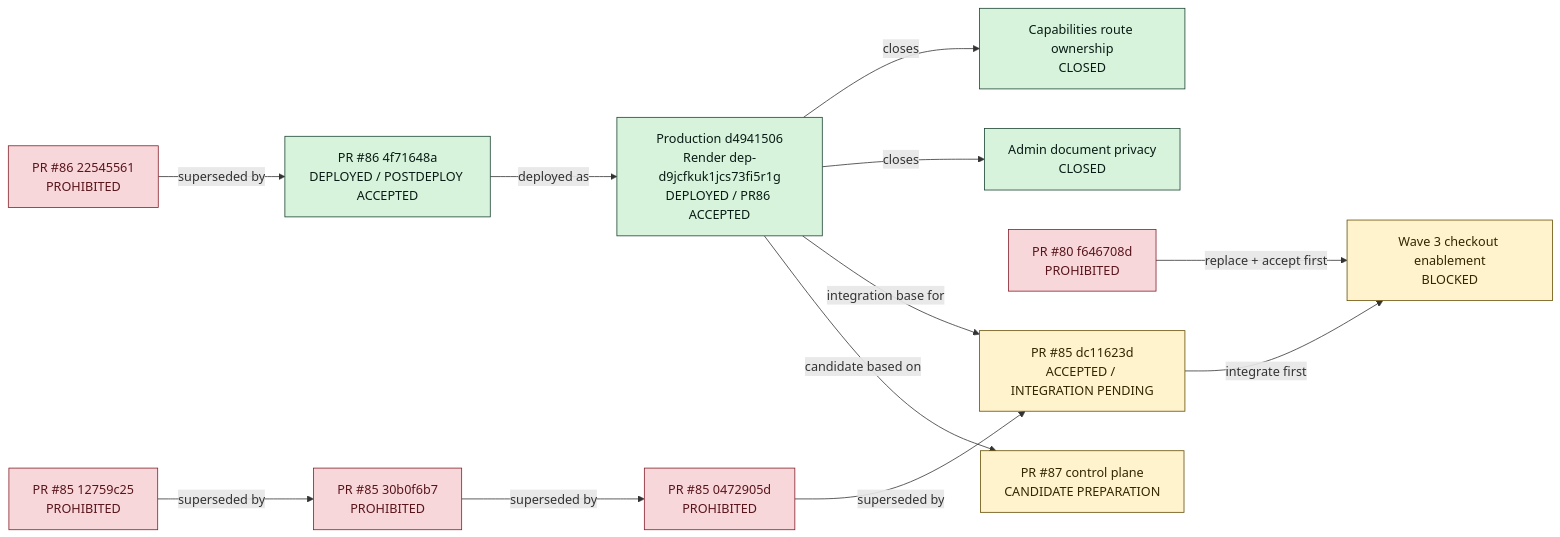
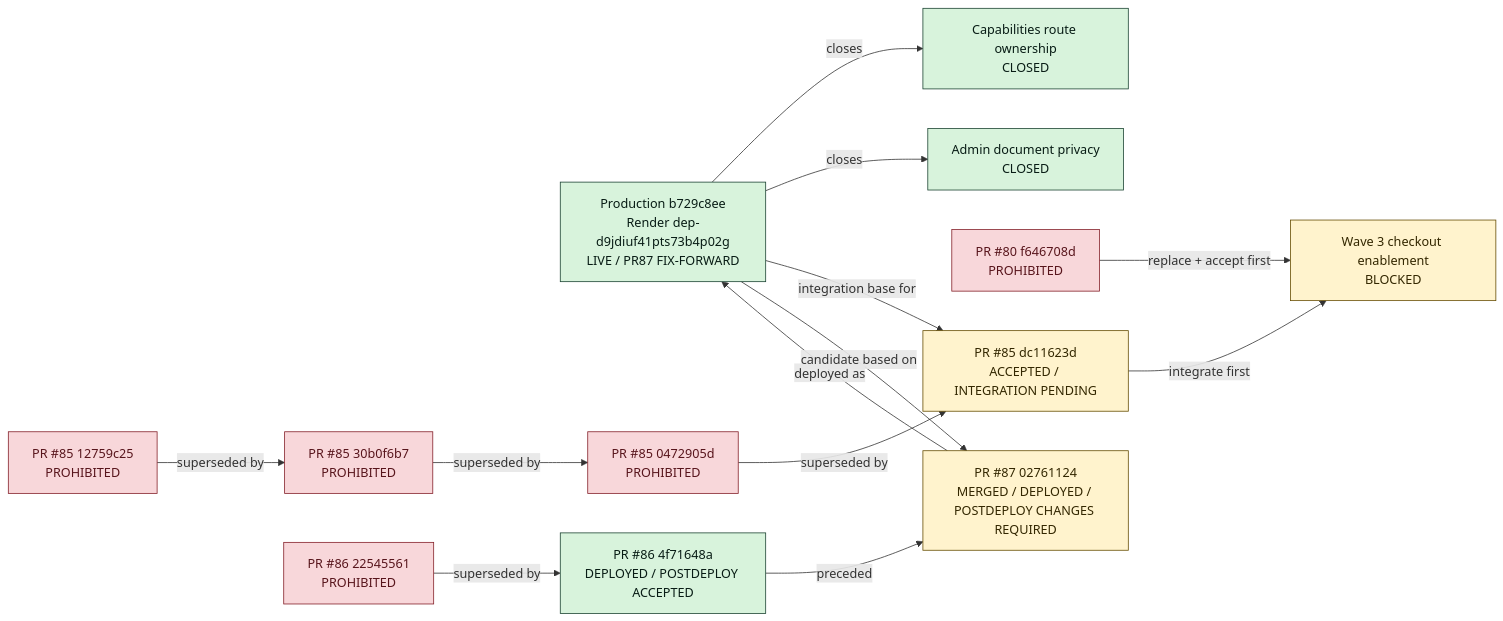
Before and after one commit to teamxenios/xenios-website: the diagram in docs/coordination/ACTIVE_RELEASE_GRAPH.mmd, drawn with Mermaid. The commit also changed 9 other files, not shown here.

```diff
--- a/docs/coordination/ACTIVE_RELEASE_GRAPH.mmd
+++ b/docs/coordination/ACTIVE_RELEASE_GRAPH.mmd
@@ -1,34 +1,35 @@
 flowchart LR
-  PROD["Production d4941506<br/>Render dep-d9jcfkuk1jcs73fi5r1g<br/>DEPLOYED / PR86 ACCEPTED"]
+  PROD["Production b729c8ee<br/>Render dep-d9jdiuf41pts73b4p02g<br/>LIVE / PR87 FIX-FORWARD"]
   CAP["Capabilities route ownership<br/>CLOSED"]
   PRIV["Admin document privacy<br/>CLOSED"]
   PR80["PR #80 f646708d<br/>PROHIBITED"]
   PR85OLD["PR #85 12759c25<br/>PROHIBITED"]
   PR85MID["PR #85 30b0f6b7<br/>PROHIBITED"]
   PR85LAST["PR #85 0472905d<br/>PROHIBITED"]
   PR85["PR #85 dc11623d<br/>ACCEPTED / INTEGRATION PENDING"]
   PR86OLD["PR #86 22545561<br/>PROHIBITED"]
   PR86["PR #86 4f71648a<br/>DEPLOYED / POSTDEPLOY ACCEPTED"]
-  PR87["PR #87 control plane<br/>CANDIDATE PREPARATION"]
+  PR87["PR #87 02761124<br/>MERGED / DEPLOYED / POSTDEPLOY CHANGES REQUIRED"]
   CHECKOUT["Wave 3 checkout enablement<br/>BLOCKED"]
 
-  PR86 -->|deployed as| PROD
+  PR86 -->|preceded| PR87
+  PR87 -->|deployed as| PROD
   PROD -->|closes| CAP
   PROD -->|closes| PRIV
   PR86OLD -->|superseded by| PR86
   PR85OLD -->|superseded by| PR85MID
   PR85MID -->|superseded by| PR85LAST
   PR85LAST -->|superseded by| PR85
   PROD -->|integration base for| PR85
   PROD -->|candidate based on| PR87
   PR80 -->|replace + accept first| CHECKOUT
   PR85 -->|integrate first| CHECKOUT
 
   classDef live fill:#d8f3dc,stroke:#1b4332,color:#081c15
   classDef closed fill:#d8f3dc,stroke:#1b4332,color:#081c15
   classDef prohibited fill:#f8d7da,stroke:#842029,color:#58151c
   classDef pending fill:#fff3cd,stroke:#664d03,color:#332701
   class PROD,PR86 live
   class CAP,PRIV closed
   class PR80,PR85OLD,PR85MID,PR85LAST,PR86OLD prohibited
   class PR85,PR87,CHECKOUT pending
```
